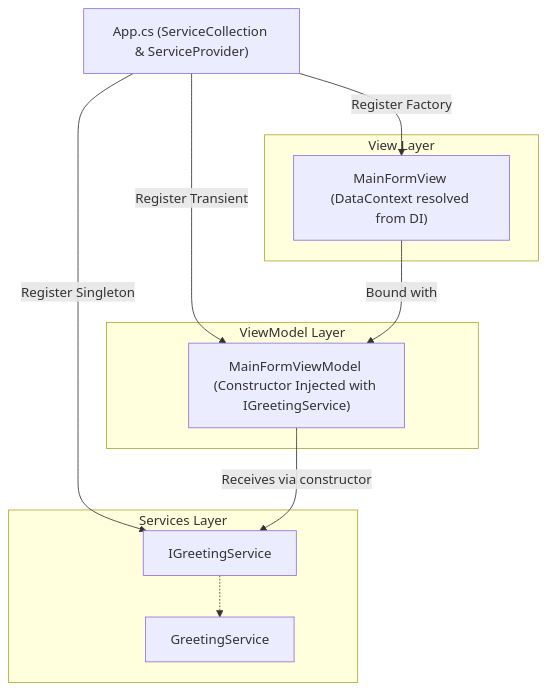
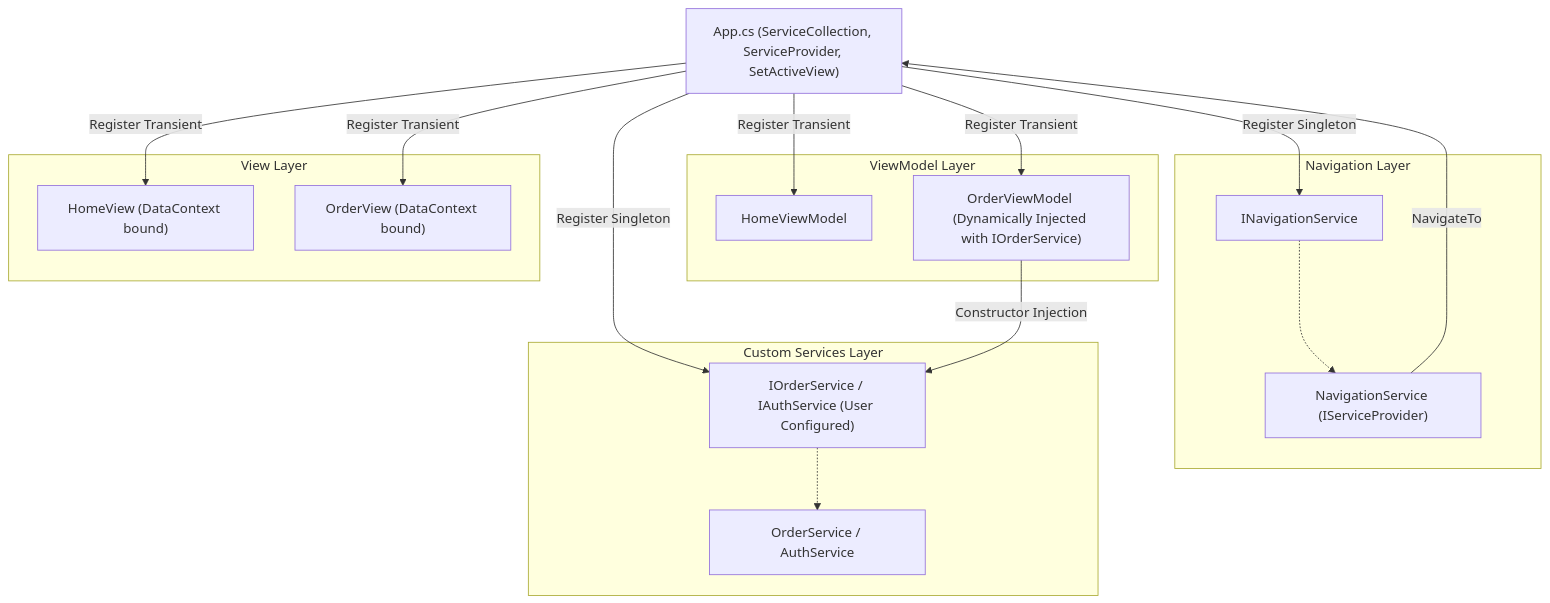
One commit to willy050209/Avalonia-Form-Generator changed the second of 3 diagrams in docs/architecture.md. Above: the diagram before and after it, drawn with Mermaid. The commit also changed other lines of this file and 3 other files, not shown here.

Commit message:
docs: update system architecture, AST schema, C# markup spec, and user guide to reflect all upgraded features

````diff
--- a/docs/architecture.md
+++ b/docs/architecture.md
@@ -86,25 +91,36 @@
 ```mermaid
 graph TD
-    App["App.cs (ServiceCollection & ServiceProvider)"]
+    App["App.cs (ServiceCollection, ServiceProvider, SetActiveView)"]
     
-    subgraph Services Layer
-        IGreeting["IGreetingService"]
-        Greeting["GreetingService"]
+    subgraph Navigation Layer
+        INav["INavigationService"]
+        Nav["NavigationService (IServiceProvider)"]
+    end
+
+    subgraph Custom Services Layer
+        IService["IOrderService / IAuthService (User Configured)"]
+        ServiceImpl["OrderService / AuthService"]
     end
 
     subgraph ViewModel Layer
-        VM["MainFormViewModel (Constructor Injected with IGreetingService)"]
+        VM1["HomeViewModel"]
+        VM2["OrderViewModel (Dynamically Injected with IOrderService)"]
     end
 
     subgraph View Layer
-        View["MainFormView (DataContext resolved from DI)"]
+        View1["HomeView (DataContext bound)"]
+        View2["OrderView (DataContext bound)"]
     end
 
-    App -->|Register Singleton| IGreeting
-    IGreeting -.-> Greeting
-    App -->|Register Transient| VM
-    App -->|Register Factory| View
+    App -->|Register Singleton| INav
+    INav -.-> Nav
+    App -->|Register Singleton| IService
+    IService -.-> ServiceImpl
+    App -->|Register Transient| VM1
+    App -->|Register Transient| VM2
+    App -->|Register Transient| View1
+    App -->|Register Transient| View2
     
-    VM -->|Receives via constructor| IGreeting
-    View -->|Bound with| VM
+    VM2 -->|Constructor Injection| IService
+    Nav -->|NavigateTo<TView>| App
 ```
````
